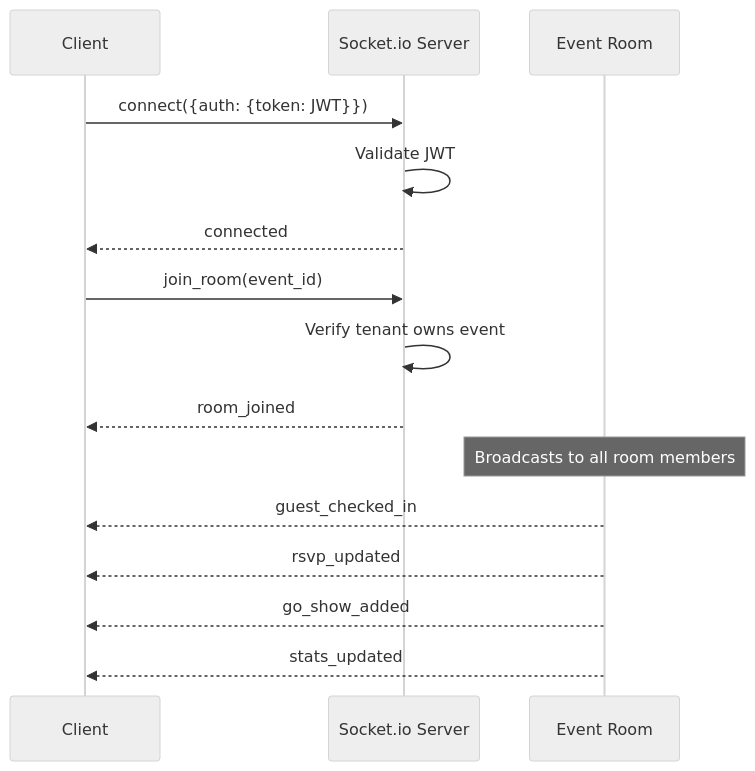
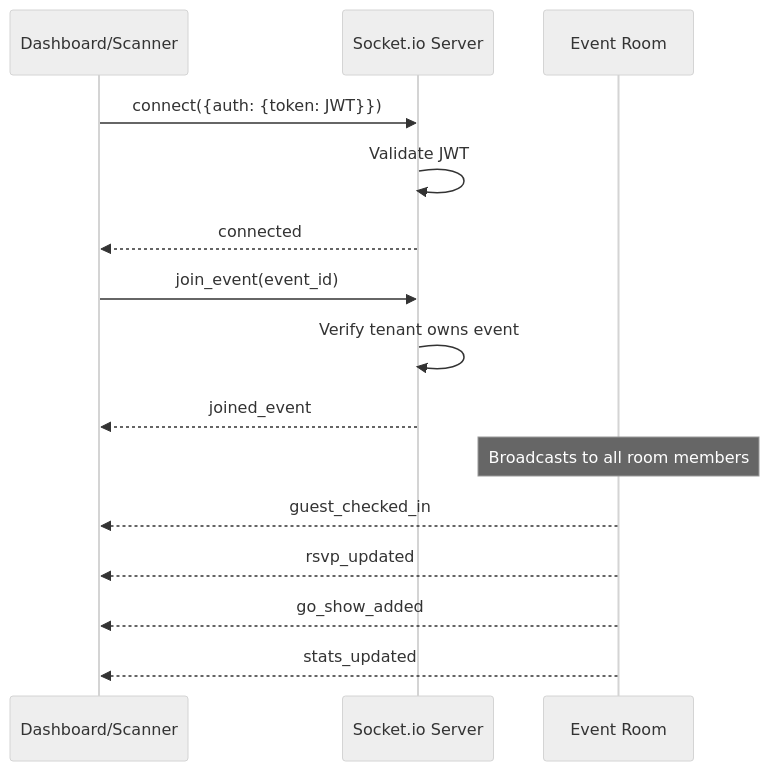
One commit to maru-story/wedding-ecosystem changed the second of 6 diagrams in .agents/summary/interfaces.md. Above: the diagram before and after it, drawn with Mermaid (neutral theme). The commit also changed other lines of this file and 23 other files, not shown here.

````diff
--- a/.agents/summary/interfaces.md
+++ b/.agents/summary/interfaces.md
@@ -207,19 +213,19 @@
 ```mermaid
 sequenceDiagram
-    participant Client
+    participant Client as Dashboard/Scanner
     participant Server as Socket.io Server
     participant Room as Event Room
 
     Client->>Server: connect({auth: {token: JWT}})
     Server->>Server: Validate JWT
     Server-->>Client: connected
-    Client->>Server: join_room(event_id)
+    Client->>Server: join_event(event_id)
     Server->>Server: Verify tenant owns event
-    Server-->>Client: room_joined
+    Server-->>Client: joined_event
 
     Note over Room: Broadcasts to all room members
     Room-->>Client: guest_checked_in
     Room-->>Client: rsvp_updated
     Room-->>Client: go_show_added
     Room-->>Client: stats_updated
 ```
````
